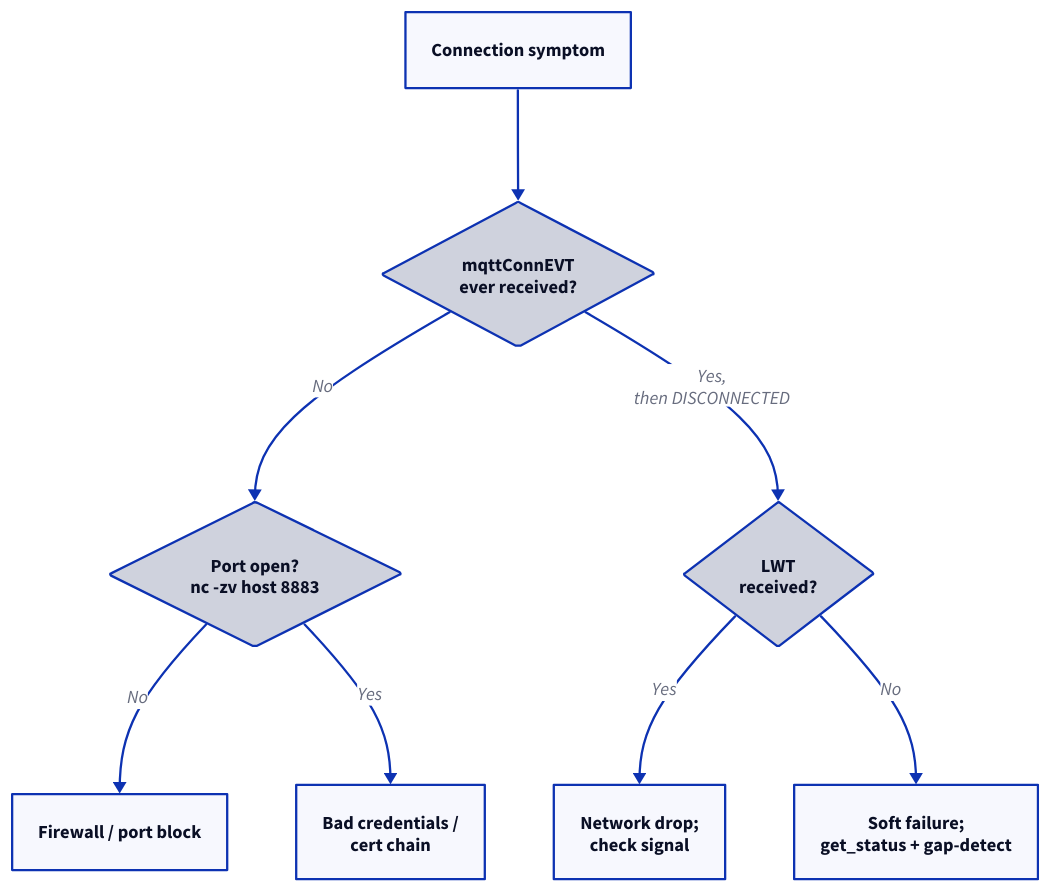
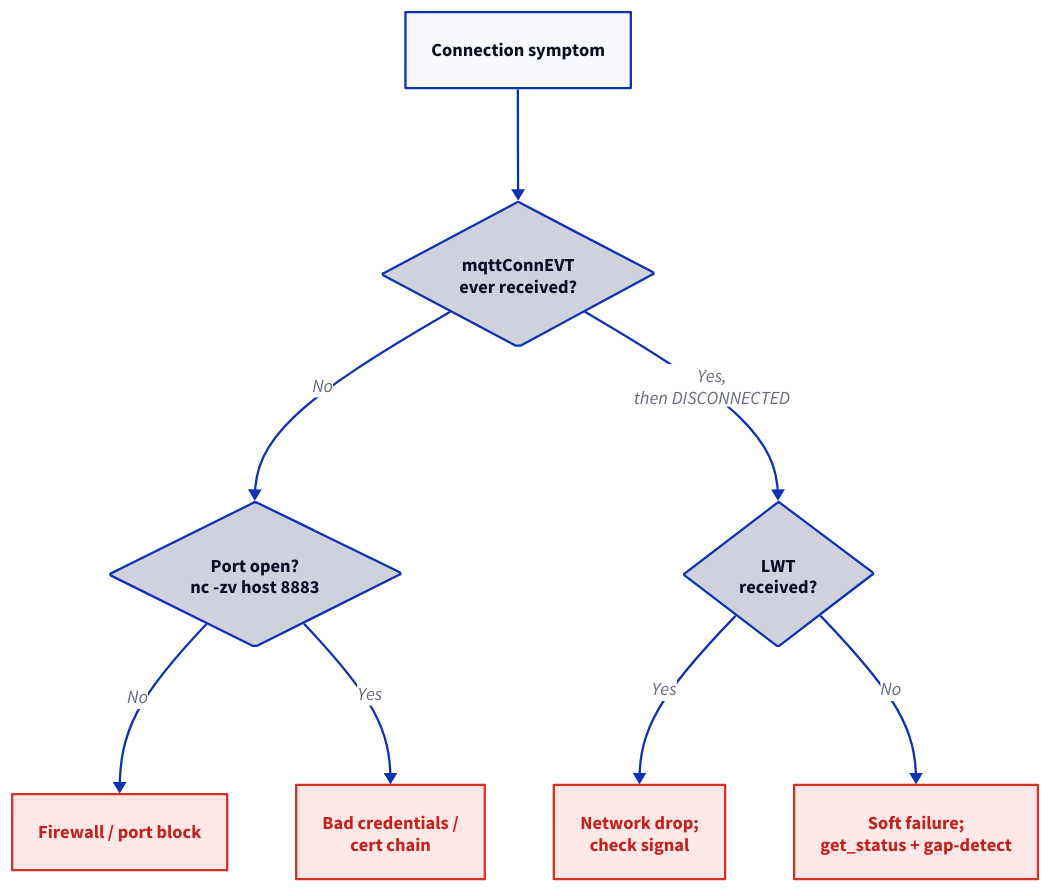
The diagram in docs/reference/troubleshooting/connection.md (admiral-ai/zebra-handheld-rfid-iotc), drawn with D2 before and after one commit. The commit also changed 40 other files, not shown here.

First line of the commit message:
Redesign all 54 D2 diagrams to a unified visual system

````diff
--- a/docs/reference/troubleshooting/connection.md
+++ b/docs/reference/troubleshooting/connection.md
@@ -58,17 +58,22 @@
 ```d2
+classes: {
+  good: { style: { fill: "#e6f4ea"; stroke: "#1e8e3e"; font-color: "#137333" } }
+  bad:  { style: { fill: "#fce8e6"; stroke: "#d93025"; font-color: "#c5221f" } }
+}
 S: Connection symptom
 Q1: "mqttConnEVT\never received?" { shape: diamond }
 Q2: "Port open?\nnc -zv host 8883" { shape: diamond }
 Q3: "LWT\nreceived?" { shape: diamond }
-FW: Firewall / port block
-Cred: "Bad credentials /\ncert chain"
-Drop: "Network drop;\ncheck signal"
-Sof: "Soft failure;\nget_status + gap-detect"
+FW: Firewall / port block { class: bad }
+Cred: "Bad credentials /\ncert chain" { class: bad }
+Drop: "Network drop;\ncheck signal" { class: bad }
+Sof: "Soft failure;\nget_status + gap-detect" { class: bad }
 S -> Q1
 Q1 -> Q2: No
 Q1 -> Q3: "Yes,\nthen DISCONNECTED"
 Q2 -> FW: No
 Q2 -> Cred: Yes
 Q3 -> Drop: Yes
 Q3 -> Sof: No
+
 ```
````
